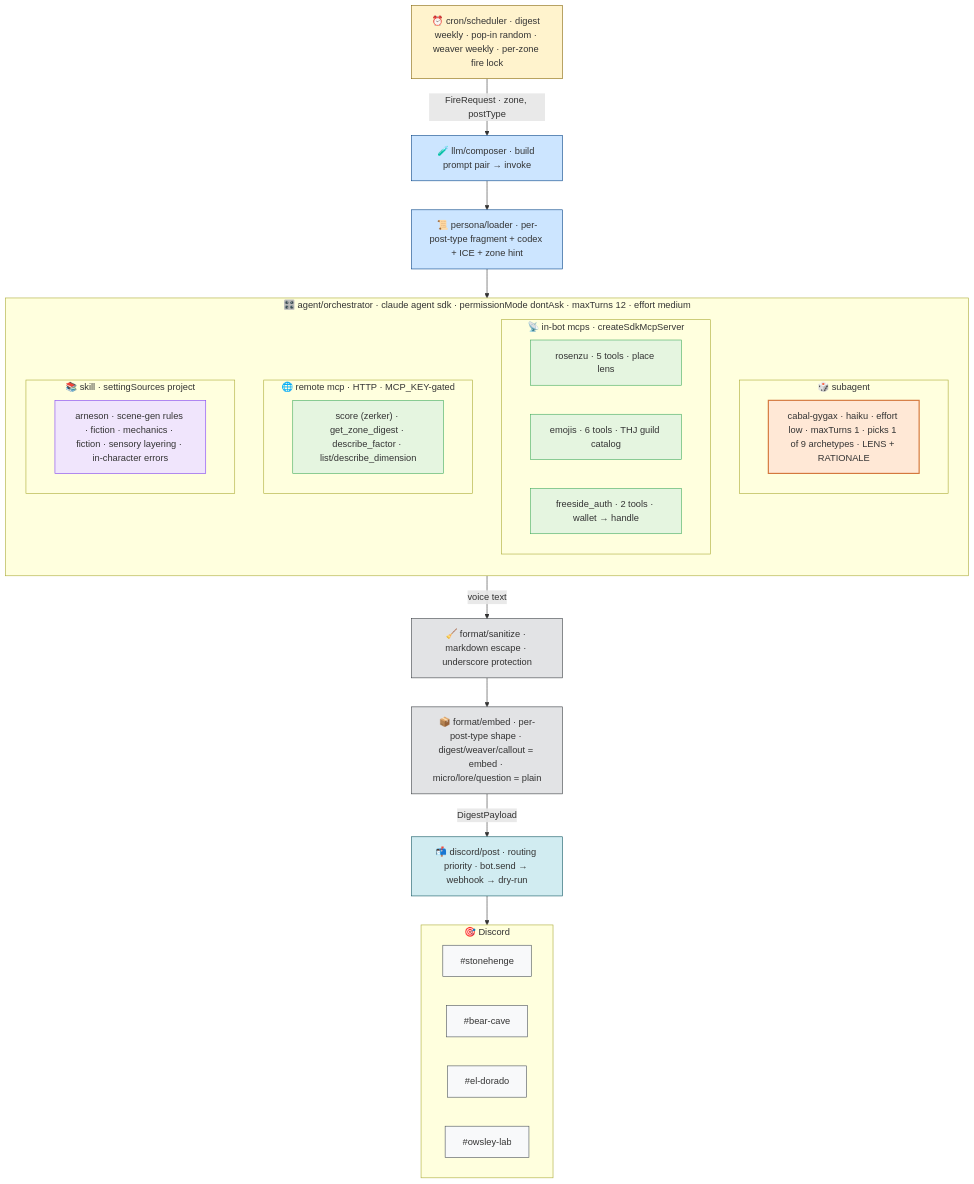
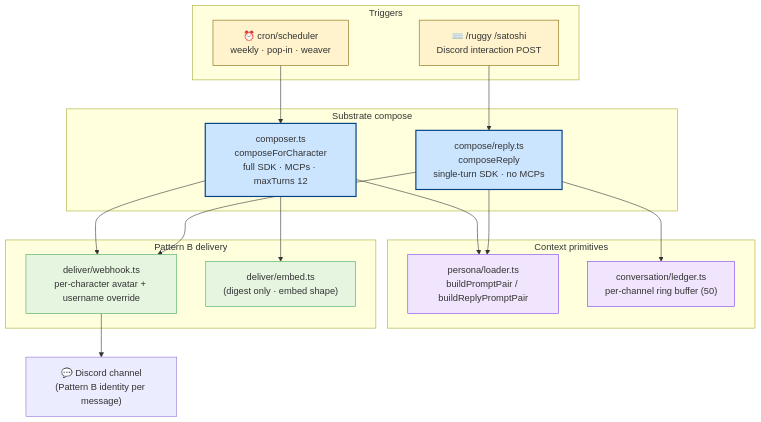
The second of 4 diagrams in docs/ARCHITECTURE.md (0xHoneyJar/freeside-ruggy), drawn with Mermaid before and after one commit. The commit also changed other lines of this file and 7 other files, not shown here.

First line of the commit message:
docs: V0.7-A.0 launch-pad pass — refresh README/ARCHITECTURE, add AGENTS.md + EILEEN handoff stub

````diff
--- a/docs/ARCHITECTURE.md
+++ b/docs/ARCHITECTURE.md
@@ -7,59 +52,37 @@
 ```mermaid
 flowchart TB
-    cron["⏰ cron/scheduler · digest weekly · pop-in random · weaver weekly · per-zone fire lock"]:::sched
-    cron -->|"FireRequest · zone, postType"| composer
-
-    composer["🧪 llm/composer · build prompt pair → invoke"]:::flow
-    composer --> loader
-
-    loader["📜 persona/loader · per-post-type fragment + codex + ICE + zone hint"]:::flow
-    loader --> orch
-
-    subgraph orch["🎛️ agent/orchestrator · claude agent sdk · permissionMode dontAsk · maxTurns 12 · effort medium"]
-      direction TB
-
-      subgraph sub["🎲 subagent"]
-        cabal["cabal-gygax · haiku · effort low · maxTurns 1 · picks 1 of 9 archetypes · LENS + RATIONALE"]:::subagent
-      end
-
-      subgraph mcps["📡 in-bot mcps · createSdkMcpServer"]
-        rosenzu["rosenzu · 5 tools · place lens"]:::mcp
-        emojis["emojis · 6 tools · THJ guild catalog"]:::mcp
-        auth["freeside_auth · 2 tools · wallet → handle"]:::mcp
-      end
-
-      subgraph remote["🌐 remote mcp · HTTP · MCP_KEY-gated"]
-        score["score (zerker) · get_zone_digest · describe_factor · list/describe_dimension"]:::mcp
-      end
-
-      subgraph skill["📚 skill · settingSources project"]
-        arneson["arneson · scene-gen rules · fiction · mechanics · fiction · sensory layering · in-character errors"]:::skill
-      end
+    subgraph triggers["Triggers"]
+      cron["⏰ cron/scheduler<br/>weekly · pop-in · weaver"]:::trig
+      slash["⌨️ /ruggy /satoshi<br/>Discord interaction POST"]:::trig
     end
 
-    orch -->|"voice text"| sanitize
-    sanitize["🧹 format/sanitize · markdown escape · underscore protection"]:::format
-    sanitize --> embed
-    embed["📦 format/embed · per-post-type shape · digest/weaver/callout = embed · micro/lore/question = plain"]:::format
-    embed -->|"DigestPayload"| post
-
-    post["📬 discord/post · routing priority · bot.send → webhook → dry-run"]:::deliver
-    post --> discord
-
-    subgraph discord["🎯 Discord"]
-      direction LR
-      stone["#stonehenge"]:::ch
-      bear["#bear-cave"]:::ch
-      eldorado["#el-dorado"]:::ch
-      owsley["#owsley-lab"]:::ch
+    subgraph compose["Substrate compose"]
+      digest_compose["composer.ts<br/>composeForCharacter<br/>full SDK · MCPs · maxTurns 12"]:::sub
+      chat_compose["compose/reply.ts<br/>composeReply<br/>single-turn SDK · no MCPs"]:::sub
     end
 
-    classDef sched fill:#fff3cd,stroke:#856404
-    classDef flow fill:#cce5ff,stroke:#004085
-    classDef subagent fill:#ffe8d6,stroke:#d4773c,stroke-width:2px
-    classDef mcp fill:#e5f5e0,stroke:#41ab5d
-    classDef skill fill:#f0e5fc,stroke:#7e3ff2
-    classDef format fill:#e2e3e5,stroke:#383d41
-    classDef deliver fill:#d1ecf1,stroke:#0c5460
-    classDef ch fill:#f8f9fa,stroke:#495057
+    subgraph context["Context primitives"]
+      persona["persona/loader.ts<br/>buildPromptPair / buildReplyPromptPair"]:::ctx
+      ledger["conversation/ledger.ts<br/>per-channel ring buffer (50)"]:::ctx
+    end
+
+    subgraph deliver["Pattern B delivery"]
+      webhook["deliver/webhook.ts<br/>per-character avatar + username override"]:::deliv
+      embed["deliver/embed.ts<br/>(digest only · embed shape)"]:::deliv
+    end
+
+    cron --> digest_compose
+    slash --> chat_compose
+    digest_compose --> persona
+    chat_compose --> persona
+    chat_compose --> ledger
+    digest_compose --> embed
+    digest_compose --> webhook
+    chat_compose --> webhook
+    webhook --> discord["💬 Discord channel<br/>(Pattern B identity per message)"]
+
+    classDef trig fill:#fff3cd,stroke:#856404
+    classDef sub fill:#cce5ff,stroke:#004085,stroke-width:2px
+    classDef ctx fill:#f0e5fc,stroke:#7e3ff2
+    classDef deliv fill:#e5f5e0,stroke:#41ab5d
 ```
````
